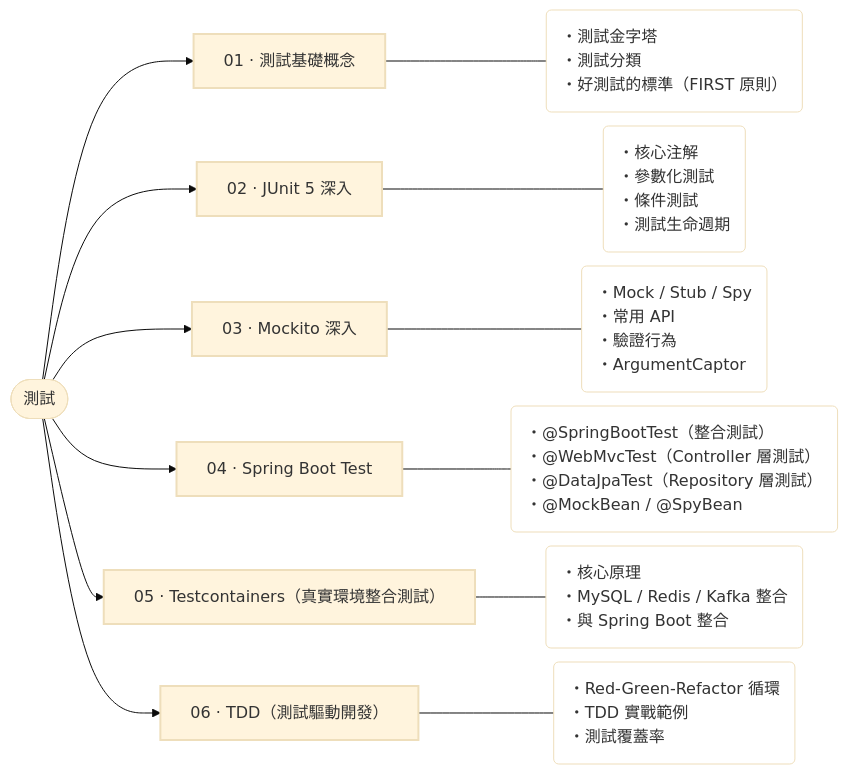
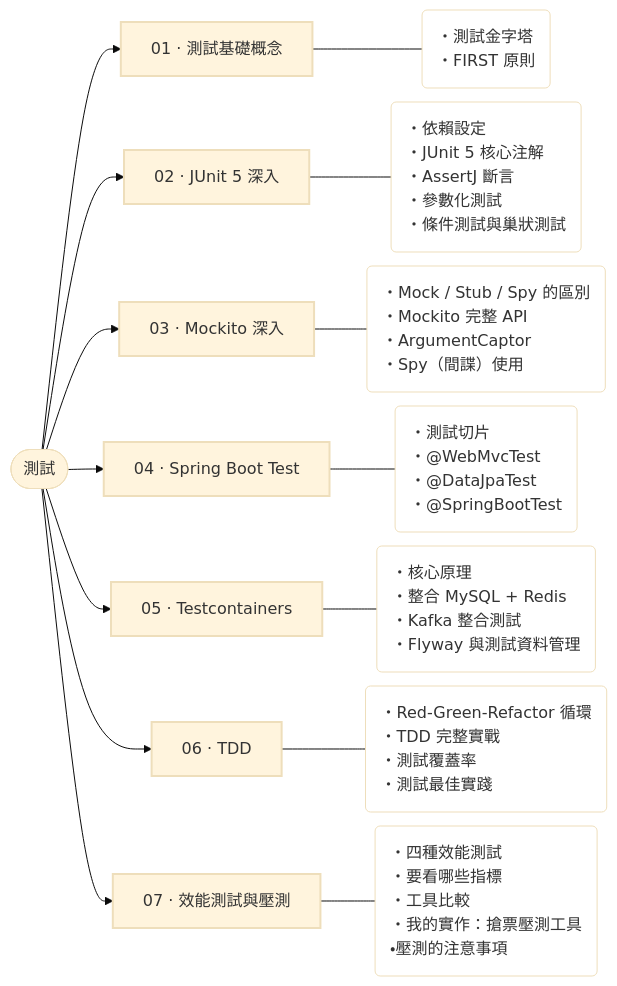
Before and after one commit to AnthonyFuFu/StudyNotes: the first of 2 diagrams in docs/engineering/testing/index.md, drawn with Mermaid (base theme). The commit also changed other lines of this file and 93 other files, not shown here.

````diff
--- a/docs/engineering/testing/index.md
+++ b/docs/engineering/testing/index.md
@@ -13,33 +13,37 @@
 ``` mermaid
 %%{init: {"flowchart": {"nodeSpacing": 14, "rankSpacing": 36, "wrappingWidth": 420}}}%%
 flowchart LR
     R(["測試"])
     c0["01 · 測試基礎概念"]
     R --> c0
-    p0("・測試金字塔<br>・測試分類<br>・好測試的標準（FIRST 原則）")
+    p0("・測試金字塔<br>・FIRST 原則")
     c0 --- p0
     c1["02 · JUnit 5 深入"]
     R --> c1
-    p1("・核心注解<br>・參數化測試<br>・條件測試<br>・測試生命週期")
+    p1("・依賴設定<br>・JUnit 5 核心注解<br>・AssertJ 斷言<br>・參數化測試<br>・條件測試與巢狀測試")
     c1 --- p1
     c2["03 · Mockito 深入"]
     R --> c2
-    p2("・Mock / Stub / Spy<br>・常用 API<br>・驗證行為<br>・ArgumentCaptor")
+    p2("・Mock / Stub / Spy 的區別<br>・Mockito 完整 API<br>・ArgumentCaptor<br>・Spy（間諜）使用")
     c2 --- p2
     c3["04 · Spring Boot Test"]
     R --> c3
-    p3("・@SpringBootTest（整合測試）<br>・@WebMvcTest（Controller 層測試）<br>・@DataJpaTest（Repository 層測試）<br>・@MockBean / @SpyBean")
+    p3("・測試切片<br>・@WebMvcTest<br>・@DataJpaTest<br>・@SpringBootTest")
     c3 --- p3
-    c4["05 · Testcontainers（真實環境整合測試）"]
+    c4["05 · Testcontainers"]
     R --> c4
-    p4("・核心原理<br>・MySQL / Redis / Kafka 整合<br>・與 Spring Boot 整合")
+    p4("・核心原理<br>・整合 MySQL + Redis<br>・Kafka 整合測試<br>・Flyway 與測試資料管理")
     c4 --- p4
-    c5["06 · TDD（測試驅動開發）"]
+    c5["06 · TDD"]
     R --> c5
-    p5("・Red-Green-Refactor 循環<br>・TDD 實戰範例<br>・測試覆蓋率")
+    p5("・Red-Green-Refactor 循環<br>・TDD 完整實戰<br>・測試覆蓋率<br>・測試最佳實踐")
     c5 --- p5
+    c6["07 · 效能測試與壓測"]
+    R --> c6
+    p6("・四種效能測試<br>・要看哪些指標<br>・工具比較<br>・我的實作：搶票壓測工具<br>・壓測的注意事項")
+    c6 --- p6
     classDef chapter stroke-width:2px
     classDef points fill:transparent,text-align:left
-    class c0,c1,c2,c3,c4,c5 chapter
-    class p0,p1,p2,p3,p4,p5 points
+    class c0,c1,c2,c3,c4,c5,c6 chapter
+    class p0,p1,p2,p3,p4,p5,p6 points
 ```
````
